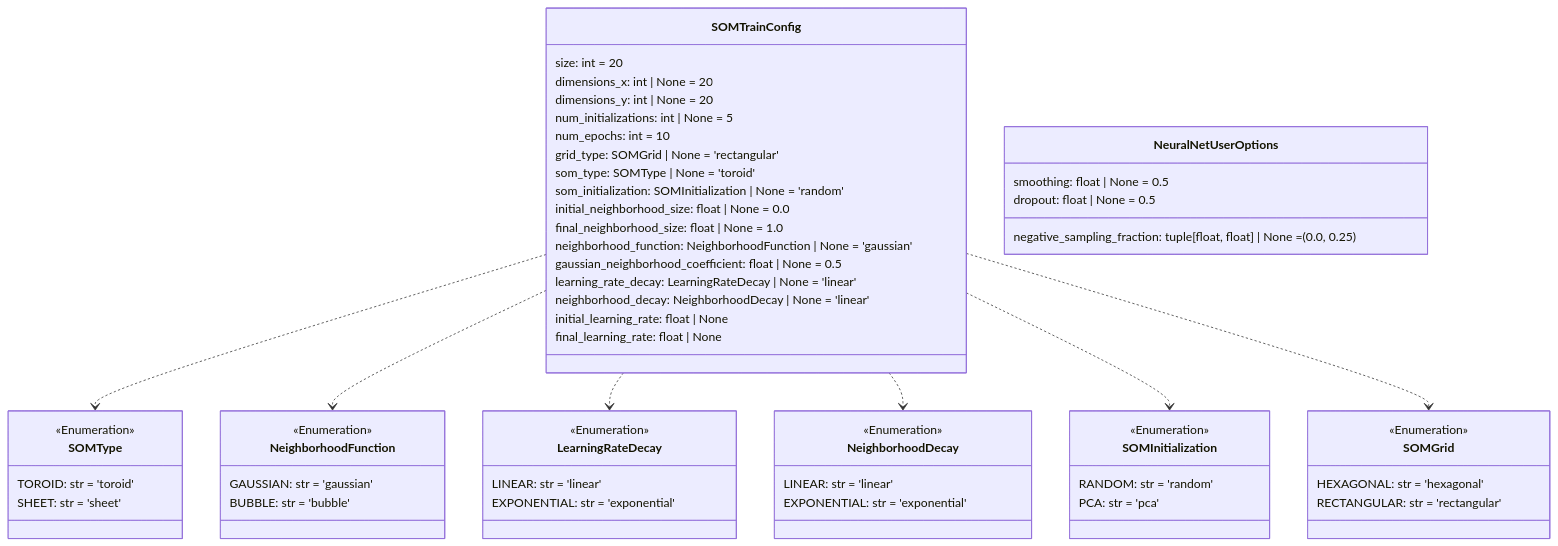
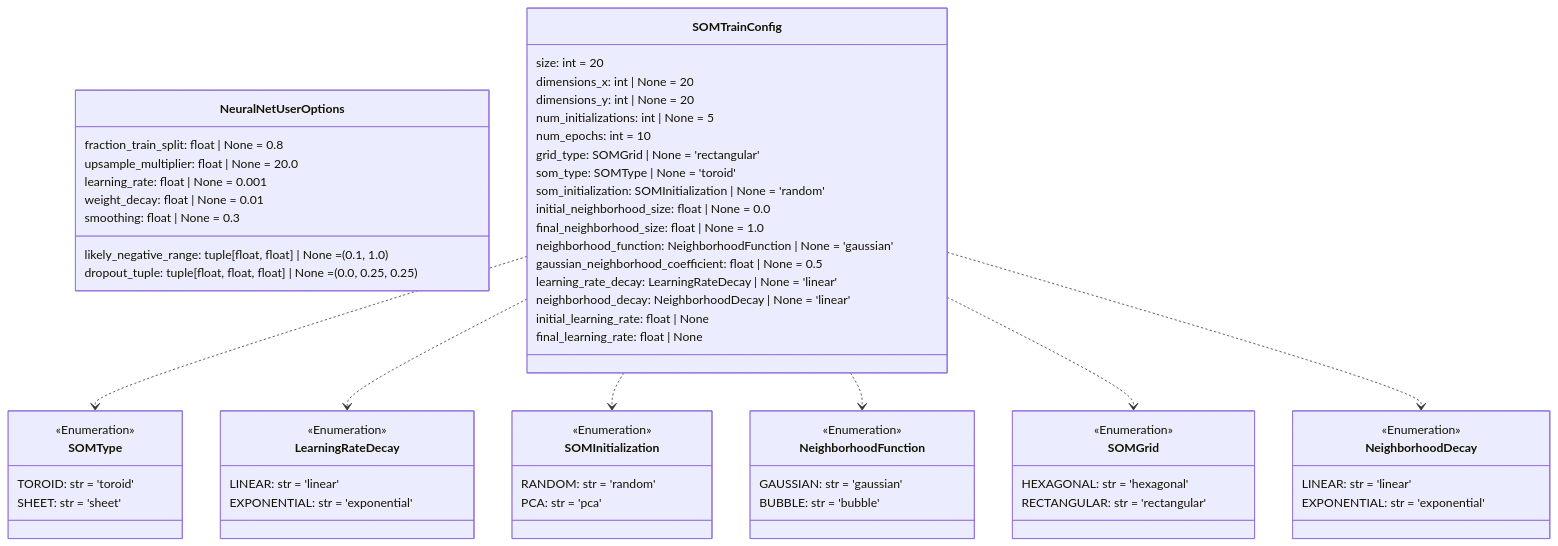
Diagram 14 of 14 in README.md (DARPA-CRITICALMAAS/cdr_schemas), drawn with Mermaid before and after one commit. The commit also changed other lines of this file and 1 other file, not shown here.

````diff
--- a/README.md
+++ b/README.md
@@ -1209,73 +1213,77 @@
 ```mermaid
 classDiagram
+
+    class NeuralNetUserOptions {
+        likely_negative_range: tuple[float, float] | None = (0.1, 1.0)
+        fraction_train_split: float | None = 0.8
+        upsample_multiplier: float | None = 20.0
+        dropout_tuple: tuple[float, float, float] | None = (0.0, 0.25, 0.25)
+        learning_rate: float | None = 0.001
+        weight_decay: float | None = 0.01
+        smoothing: float | None = 0.3
+    }
+
+    class SOMInitialization {
+        <<Enumeration>>
+        RANDOM: str = 'random'
+        PCA: str = 'pca'
+    }
 
     class SOMTrainConfig {
         size: int = 20
         dimensions_x: int | None = 20
         dimensions_y: int | None = 20
         num_initializations: int | None = 5
         num_epochs: int = 10
         grid_type: SOMGrid | None = 'rectangular'
         som_type: SOMType | None = 'toroid'
         som_initialization: SOMInitialization | None = 'random'
         initial_neighborhood_size: float | None = 0.0
         final_neighborhood_size: float | None = 1.0
         neighborhood_function: NeighborhoodFunction | None = 'gaussian'
         gaussian_neighborhood_coefficient: float | None = 0.5
         learning_rate_decay: LearningRateDecay | None = 'linear'
         neighborhood_decay: NeighborhoodDecay | None = 'linear'
         initial_learning_rate: float | None
         final_learning_rate: float | None
     }
 
-    class NeighborhoodFunction {
+    class NeighborhoodDecay {
         <<Enumeration>>
-        GAUSSIAN: str = 'gaussian'
-        BUBBLE: str = 'bubble'
+        LINEAR: str = 'linear'
+        EXPONENTIAL: str = 'exponential'
+    }
+
+    class SOMType {
+        <<Enumeration>>
+        TOROID: str = 'toroid'
+        SHEET: str = 'sheet'
     }
 
     class LearningRateDecay {
         <<Enumeration>>
         LINEAR: str = 'linear'
         EXPONENTIAL: str = 'exponential'
     }
 
+    class NeighborhoodFunction {
+        <<Enumeration>>
+        GAUSSIAN: str = 'gaussian'
+        BUBBLE: str = 'bubble'
+    }
+
     class SOMGrid {
         <<Enumeration>>
         HEXAGONAL: str = 'hexagonal'
         RECTANGULAR: str = 'rectangular'
     }
 
-    class SOMType {
-        <<Enumeration>>
-        TOROID: str = 'toroid'
-        SHEET: str = 'sheet'
-    }
-
-    class NeuralNetUserOptions {
-        smoothing: float | None = 0.5
-        dropout: float | None = 0.5
-        negative_sampling_fraction: tuple[float, float] | None = (0.0, 0.25)
-    }
-
-    class NeighborhoodDecay {
-        <<Enumeration>>
-        LINEAR: str = 'linear'
-        EXPONENTIAL: str = 'exponential'
-    }
-
-    class SOMInitialization {
-        <<Enumeration>>
-        RANDOM: str = 'random'
-        PCA: str = 'pca'
-    }
-
     SOMTrainConfig ..> SOMType
+    SOMTrainConfig ..> LearningRateDecay
+    SOMTrainConfig ..> SOMInitialization
     SOMTrainConfig ..> NeighborhoodFunction
-    SOMTrainConfig ..> LearningRateDecay
+    SOMTrainConfig ..> SOMGrid
     SOMTrainConfig ..> NeighborhoodDecay
-    SOMTrainConfig ..> SOMInitialization
-    SOMTrainConfig ..> SOMGrid
 
 
 ```
````
